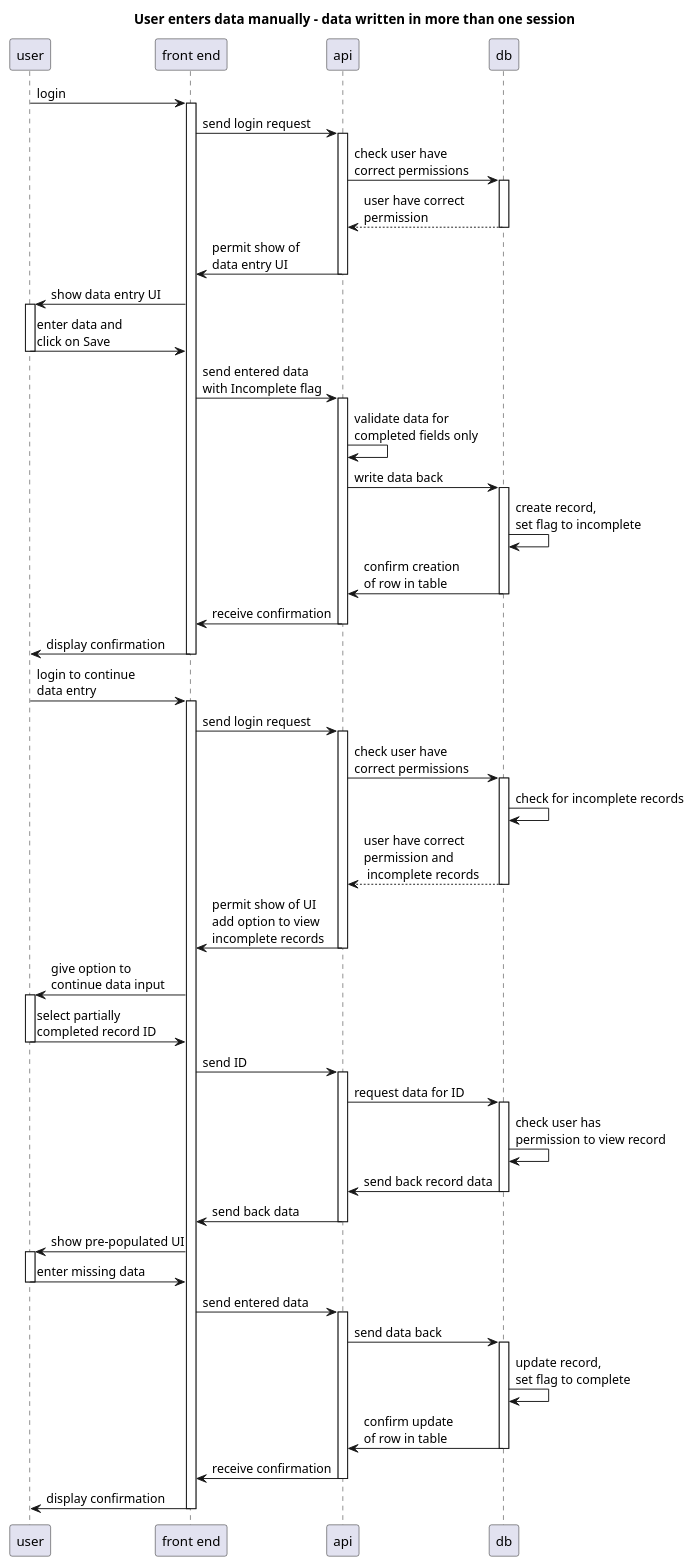
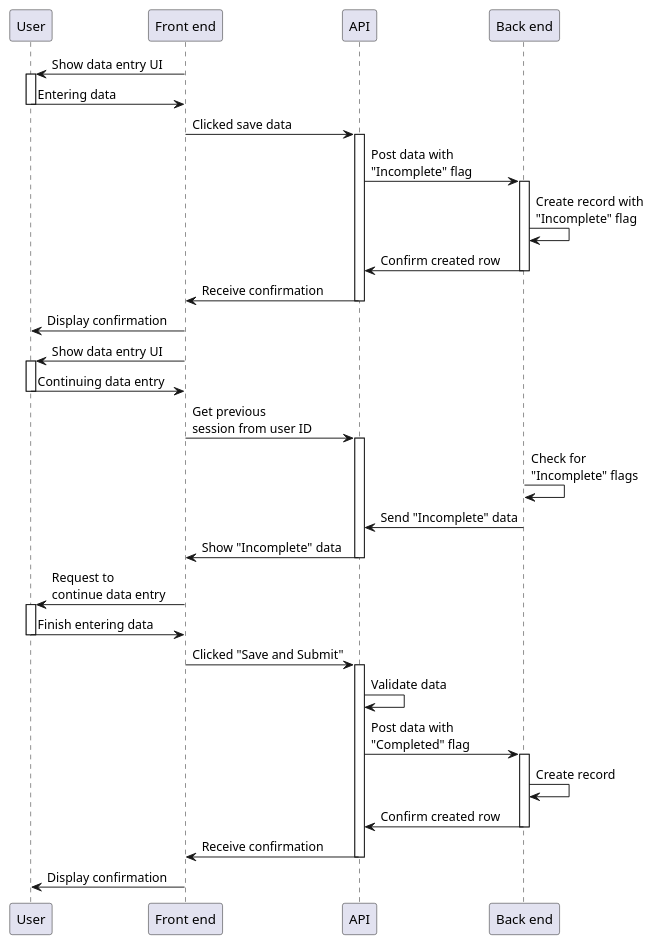
Before and after one commit to seedcase-project/seedcase-website: the diagram in design/images/runtime-manual-data-update.puml, drawn with PlantUML.

Commit message:
revisions to puml

```diff
--- a/design/images/runtime-manual-data-update.puml
+++ b/design/images/runtime-manual-data-update.puml
@@ -1,48 +1,34 @@
 @startuml
 
-title : User enters data manually - data written in more than one session
+' Logged in user enters data manually in more than one session.
 
-participant "user" as u
-participant "front end" as f
-participant "api" as api
-participant "db" as db
+participant "User" as u
+participant "Front end" as f
+participant "API" as api
+participant "Back end" as db
 
-u -> f ++: login
-f -> api ++: send login request
-api -> db ++: check user have \ncorrect permissions
-return user have correct \npermission
-api -> f --: permit show of  \ndata entry UI
-f -> u ++: show data entry UI
-u -> f --: enter data and \nclick on Save
-f -> api ++: send entered data \nwith Incomplete flag
-api -> api : validate data for \ncompleted fields only
-api -> db ++: write data back
-db -> db : create record, \nset flag to incomplete
-db -> api --: confirm creation \nof row in table
-api -> f --: receive confirmation
-f -> u --: display confirmation
+f -> u ++: Show data entry UI
+u -> f --: Entering data
+f -> api ++: Clicked save data
+api -> db ++: Post data with\n"Incomplete" flag
+db -> db : Create record with\n"Incomplete" flag
+db -> api --: Confirm created row
+api -> f --: Receive confirmation
+f -> u --: Display confirmation
 
-u -> f ++: login to continue \ndata entry
-f -> api ++: send login request
-api -> db ++: check user have \ncorrect permissions
-db -> db : check for incomplete records
-return user have correct \npermission and \n incomplete records
-api -> f --: permit show of UI \nadd option to view \nincomplete records
-f -> u ++: give option to \ncontinue data input
-u -> f --: select partially \ncompleted record ID
-'u -> f : enter data
-f -> api ++: send ID
-api -> db ++: request data for ID
-db -> db : check user has \npermission to view record
-db -> api --: send back record data
-api -> f --: send back data
-'api -> f --: permit show of  \ndata entry UI
-f -> u ++: show pre-populated UI
-u -> f --: enter missing data
-f -> api ++: send entered data
-api -> db ++: send data back
-db -> db : update record, \nset flag to complete
-db -> api --: confirm update \nof row in table
-api -> f --: receive confirmation
-f -> u --: display confirmation
+f -> u ++: Show data entry UI
+u -> f --: Continuing data entry
+f -> api ++: Get previous\nsession from user ID
+db -> db : Check for\n"Incomplete" flags
+db -> api --: Send "Incomplete" data
+api -> f --: Show "Incomplete" data
+f -> u ++: Request to \ncontinue data entry
+u -> f --: Finish entering data
+f -> api ++: Clicked "Save and Submit"
+api -> api : Validate data
+api -> db ++: Post data with\n"Completed" flag
+db -> db : Create record
+db -> api --: Confirm created row
+api -> f --: Receive confirmation
+f -> u --: Display confirmation
 @enduml
```
